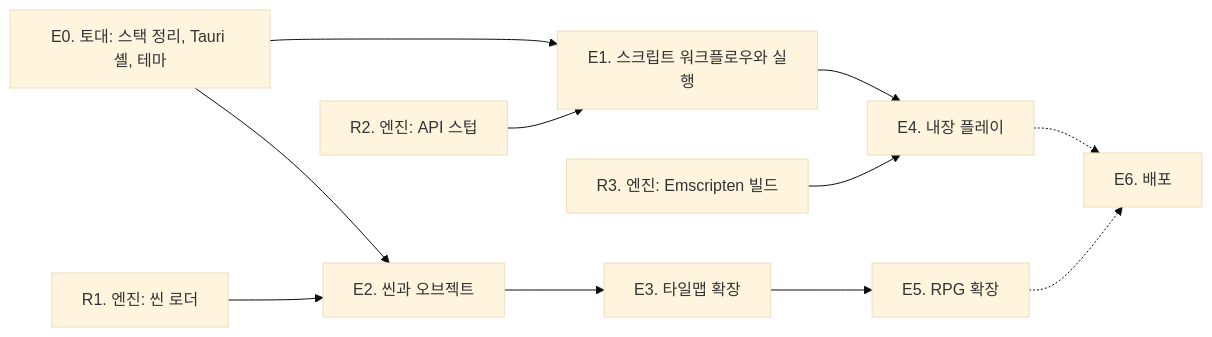
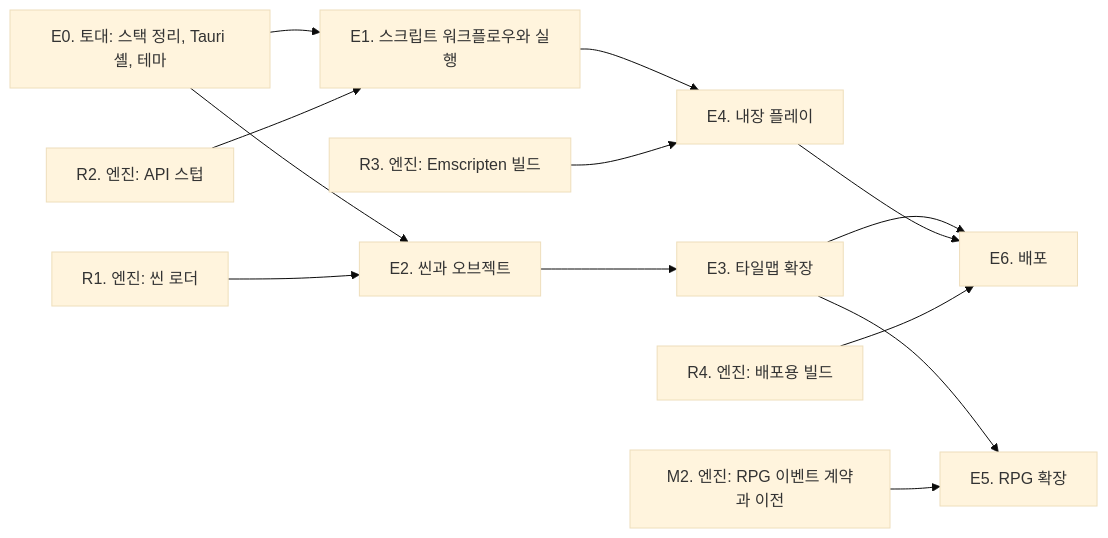
The diagram in docs/plans/index.md (biud436/InitialEditor), drawn with Mermaid (base theme) before and after one commit. The commit also changed other lines of this file and 2 other files, not shown here.

First line of the commit message:
docs: E5 (RPG extension) and E6 (packaging) plans, index rows for E5, E6, M2 and R4

````diff
--- a/docs/plans/index.md
+++ b/docs/plans/index.md
@@ -67,13 +67,15 @@
 ```mermaid
 graph LR
     E0[E0. 토대: 스택 정리, Tauri 셸, 테마] --> E1[E1. 스크립트 워크플로우와 실행]
     E0 --> E2[E2. 씬과 오브젝트]
     R1[R1. 엔진: 씬 로더] --> E2
     R2[R2. 엔진: API 스텁] --> E1
     E2 --> E3[E3. 타일맵 확장]
     E1 --> E4[E4. 내장 플레이]
     R3[R3. 엔진: Emscripten 빌드] --> E4
     E3 --> E5[E5. RPG 확장]
-    E4 -.-> E6[E6. 배포]
-    E5 -.-> E6
+    M2[M2. 엔진: RPG 이벤트 계약과 이전] --> E5
+    E3 --> E6[E6. 배포]
+    E4 --> E6
+    R4[R4. 엔진: 배포용 빌드] --> E6
 ```
````
